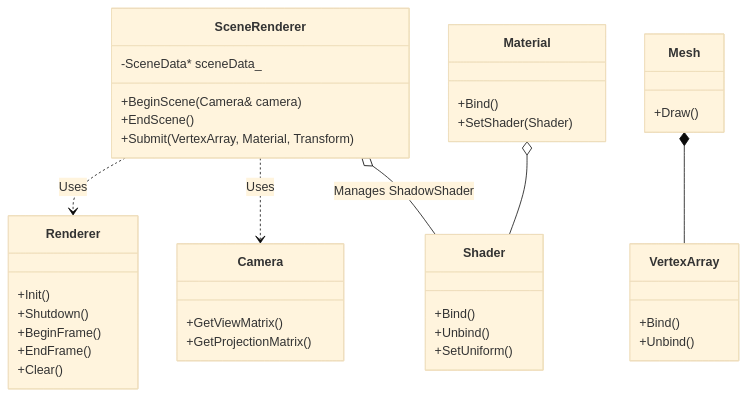
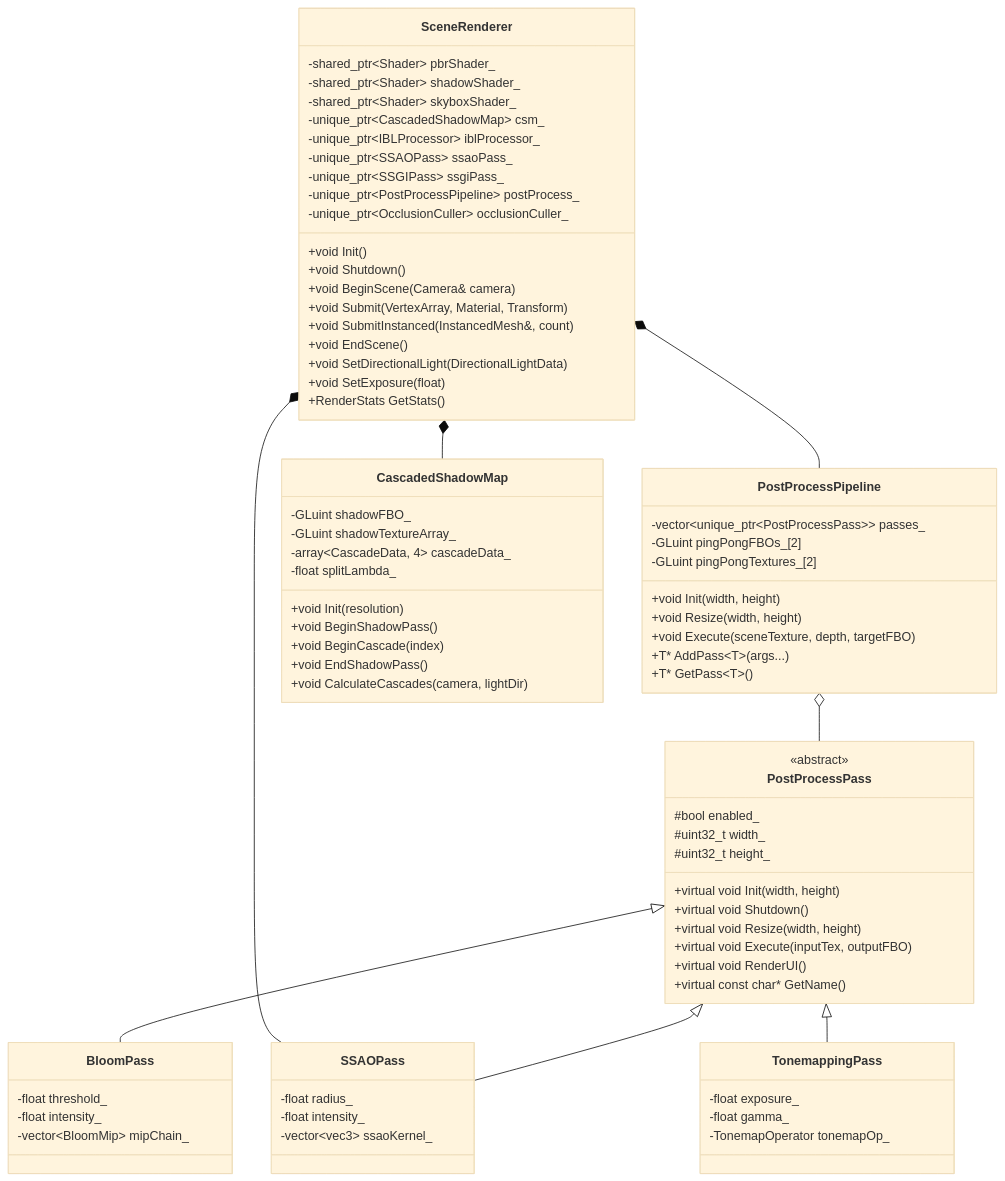
The fourth of 13 diagrams in docs/Architecture.md (lucas85235/Monster-Engine), drawn with Mermaid (base theme) before and after one commit. The commit also changed other lines of this file and 31 other files, not shown here.

````diff
--- a/docs/Architecture.md
+++ b/docs/Architecture.md
@@ -105,48 +166,85 @@
 ```mermaid
 classDiagram
     class SceneRenderer {
-        +BeginScene(Camera& camera)
-        +EndScene()
-        +Submit(VertexArray, Material, Transform)
-        -SceneData* sceneData_
+        -shared_ptr~Shader~ pbrShader_
+        -shared_ptr~Shader~ shadowShader_
+        -shared_ptr~Shader~ skyboxShader_
+        -unique_ptr~CascadedShadowMap~ csm_
+        -unique_ptr~IBLProcessor~ iblProcessor_
+        -unique_ptr~SSAOPass~ ssaoPass_
+        -unique_ptr~SSGIPass~ ssgiPass_
+        -unique_ptr~PostProcessPipeline~ postProcess_
+        -unique_ptr~OcclusionCuller~ occlusionCuller_
+        +void Init()
+        +void Shutdown()
+        +void BeginScene(Camera& camera)
+        +void Submit(VertexArray, Material, Transform)
+        +void SubmitInstanced(InstancedMesh&, count)
+        +void EndScene()
+        +void SetDirectionalLight(DirectionalLightData)
+        +void SetExposure(float)
+        +RenderStats GetStats()
     }
 
-    class Renderer {
-        +Init()
-        +Shutdown()
-        +BeginFrame()
-        +EndFrame()
-        +Clear()
+    class PostProcessPipeline {
+        -vector~unique_ptr~PostProcessPass~~ passes_
+        -GLuint pingPongFBOs_[2]
+        -GLuint pingPongTextures_[2]
+        +void Init(width, height)
+        +void Resize(width, height)
+        +void Execute(sceneTexture, depth, targetFBO)
+        +T* AddPass~T~(args...)
+        +T* GetPass~T~()
     }
 
-    class Shader {
-        +Bind()
-        +Unbind()
-        +SetUniform()
+    class PostProcessPass {
+        <<abstract>>
+        #bool enabled_
+        #uint32_t width_
+        #uint32_t height_
+        +virtual void Init(width, height)
+        +virtual void Shutdown()
+        +virtual void Resize(width, height)
+        +virtual void Execute(inputTex, outputFBO)
+        +virtual void RenderUI()
+        +virtual const char* GetName()
     }
 
-    class Material {
-        +Bind()
-        +SetShader(Shader)
+    class BloomPass {
+        -float threshold_
+        -float intensity_
+        -vector~BloomMip~ mipChain_
     }
 
-    class Mesh {
-        +Draw()
-    }
-    
-    class VertexArray {
-        +Bind()
-        +Unbind()
+    class SSAOPass {
+        -float radius_
+        -float intensity_
+        -vector~vec3~ ssaoKernel_
     }
 
-    class Camera {
-        +GetViewMatrix()
-        +GetProjectionMatrix()
+    class TonemappingPass {
+        -float exposure_
+        -float gamma_
+        -TonemapOperator tonemapOp_
     }
 
-    SceneRenderer ..> Renderer : Uses
-    SceneRenderer ..> Camera : Uses
-    SceneRenderer o-- Shader : Manages ShadowShader
-    Material o-- Shader
-    Mesh *-- VertexArray
+    class CascadedShadowMap {
+        -GLuint shadowFBO_
+        -GLuint shadowTextureArray_
+        -array~CascadeData, 4~ cascadeData_
+        -float splitLambda_
+        +void Init(resolution)
+        +void BeginShadowPass()
+        +void BeginCascade(index)
+        +void EndShadowPass()
+        +void CalculateCascades(camera, lightDir)
+    }
+
+    SceneRenderer *-- PostProcessPipeline
+    SceneRenderer *-- CascadedShadowMap
+    SceneRenderer *-- SSAOPass
+    PostProcessPipeline o-- PostProcessPass
+    PostProcessPass <|-- BloomPass
+    PostProcessPass <|-- SSAOPass
+    PostProcessPass <|-- TonemappingPass
 ```
````
